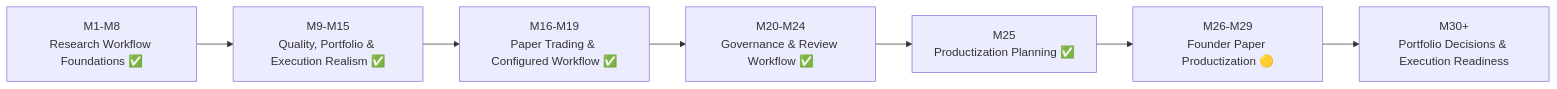
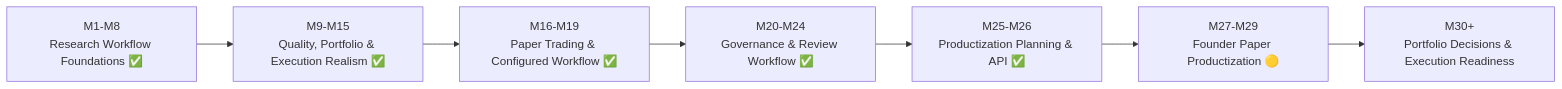
One commit to yanxinnnnnn/El-Psy-Quant changed the diagram in docs/roadmap.md. Above: the diagram before and after it, drawn with Mermaid. The commit also changed other lines of this file, not shown here.

Commit message:
docs: mark Milestone 26 complete in roadmap

````diff
--- a/docs/roadmap.md
+++ b/docs/roadmap.md
@@ -21,9 +21,9 @@
 ```mermaid
 flowchart LR
     M1["M1-M8<br/>Research Workflow Foundations ✅"] --> M9["M9-M15<br/>Quality, Portfolio & Execution Realism ✅"]
     M9 --> M16["M16-M19<br/>Paper Trading & Configured Workflow ✅"]
     M16 --> M20["M20-M24<br/>Governance & Review Workflow ✅"]
-    M20 --> M25["M25<br/>Productization Planning ✅"]
-    M25 --> M26["M26-M29<br/>Founder Paper Productization 🟡"]
-    M26 --> M30["M30+<br/>Portfolio Decisions & Execution Readiness"]
+    M20 --> M25["M25-M26<br/>Productization Planning & API ✅"]
+    M25 --> M27["M27-M29<br/>Founder Paper Productization 🟡"]
+    M27 --> M30["M30+<br/>Portfolio Decisions & Execution Readiness"]
 ```
````
